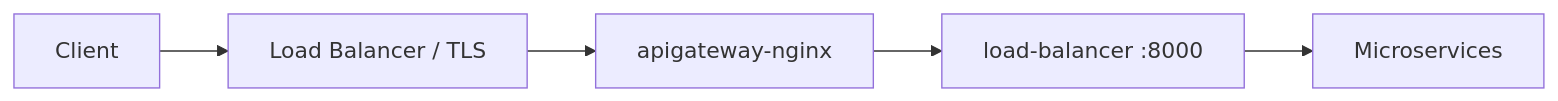
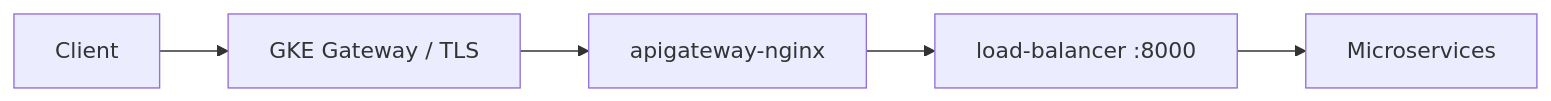
One commit to Murabei-OpenSource-Codes/pumpwood-deploy-ingress-gcp changed the diagram in README.md. Above: the diagram before and after it, drawn with Mermaid. The commit also changed other lines of this file and 1 other file, not shown here.

Commit message:
Update changelog and README for version 0.0.3, introducing IngressGCPGateway with TLS termination via Certificate Manager, new infrastructure scripts, and updated deployment instructions.

````diff
--- a/README.md
+++ b/README.md
@@ -49,7 +41,7 @@
 ```mermaid
 flowchart LR
-    Client[Client] --> LB[Load Balancer / TLS]
-    LB --> NGINX[apigateway-nginx]
+    Client[Client] --> GW[GKE Gateway / TLS]
+    GW --> NGINX[apigateway-nginx]
     NGINX --> Kong[load-balancer :8000]
     Kong --> MS[Microservices]
 ```
````
